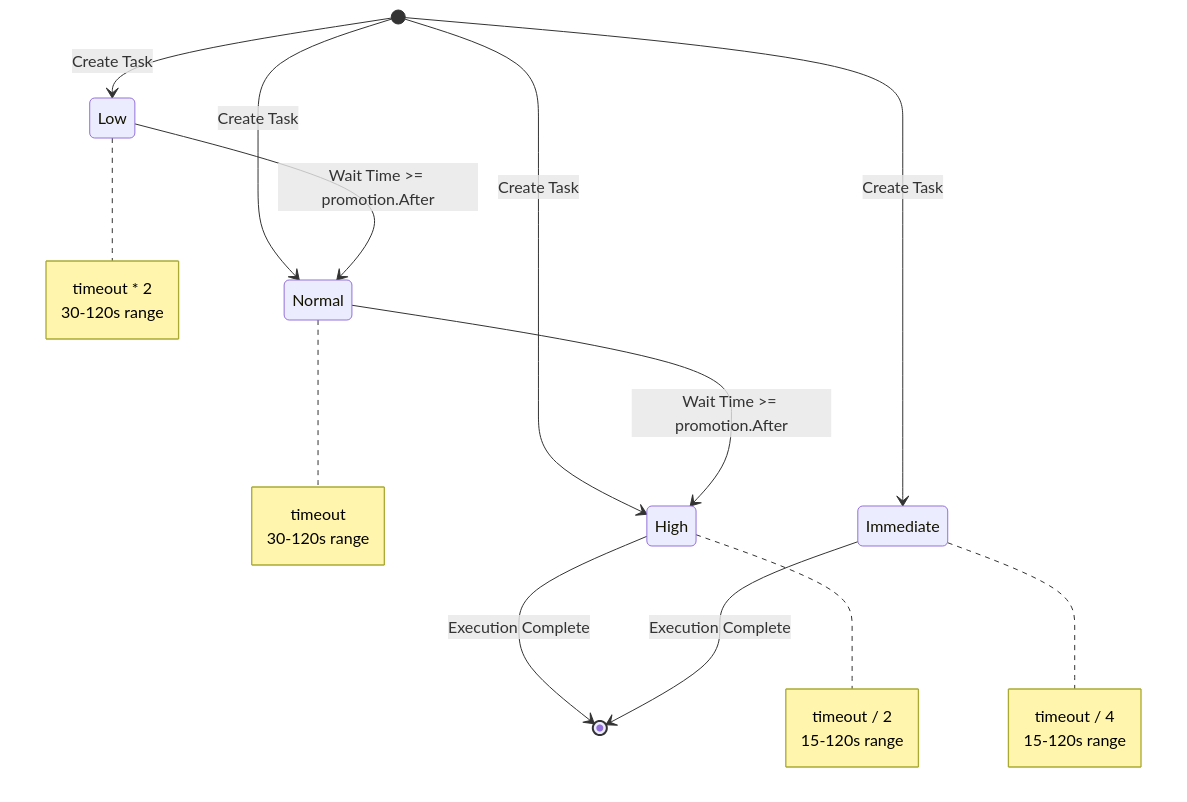
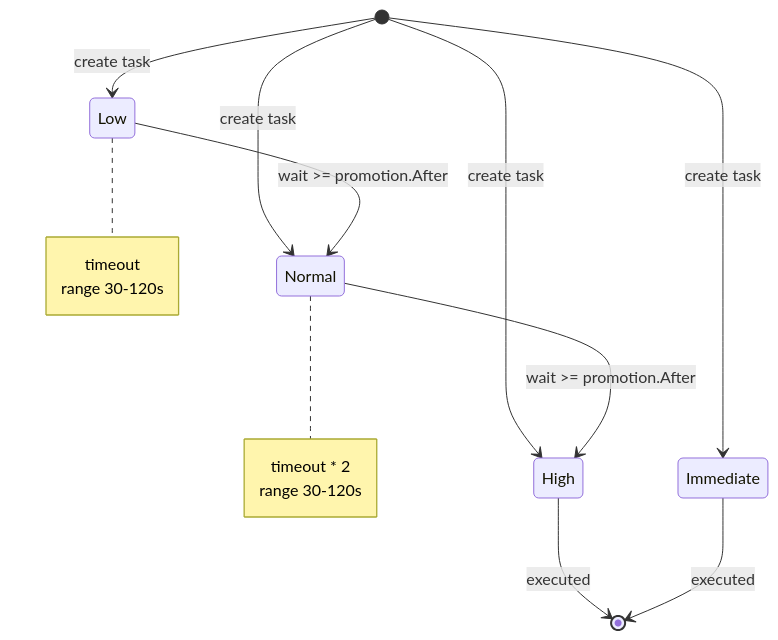
Before and after one commit to pardnchiu/go-queue: the second of 2 diagrams in README.md, drawn with Mermaid. The commit also changed other lines of this file and 5 other files, not shown here.

````diff
--- a/README.md
+++ b/README.md
@@ -86,32 +131,22 @@
 ```mermaid
 stateDiagram
-  [*] --> Low: Create Task
-  [*] --> Normal: Create Task
-  [*] --> High: Create Task
-  [*] --> Immediate: Create Task
+  [*] --> Low: create task
+  [*] --> Normal: create task
+  [*] --> High: create task
+  [*] --> Immediate: create task
   
-  Low --> Normal: Wait Time >= promotion.After
-  Normal --> High: Wait Time >= promotion.After
-  High --> [*]: Execution Complete
-  Immediate --> [*]: Execution Complete
+  Low --> Normal: wait >= promotion.After
+  Normal --> High: wait >= promotion.After
+  High --> [*]: executed
+  Immediate --> [*]: executed
   
   note right of Low
-    timeout * 2
-    30-120s range
+  timeout
+  range 30-120s
   end note
   
   note right of Normal
-    timeout
-    30-120s range
-  end note
-  
-  note right of High
-    timeout / 2
-    15-120s range
-  end note
-  
-  note right of Immediate
-    timeout / 4
-    15-120s range
+  timeout * 2
+  range 30-120s
   end note
 ```
````
